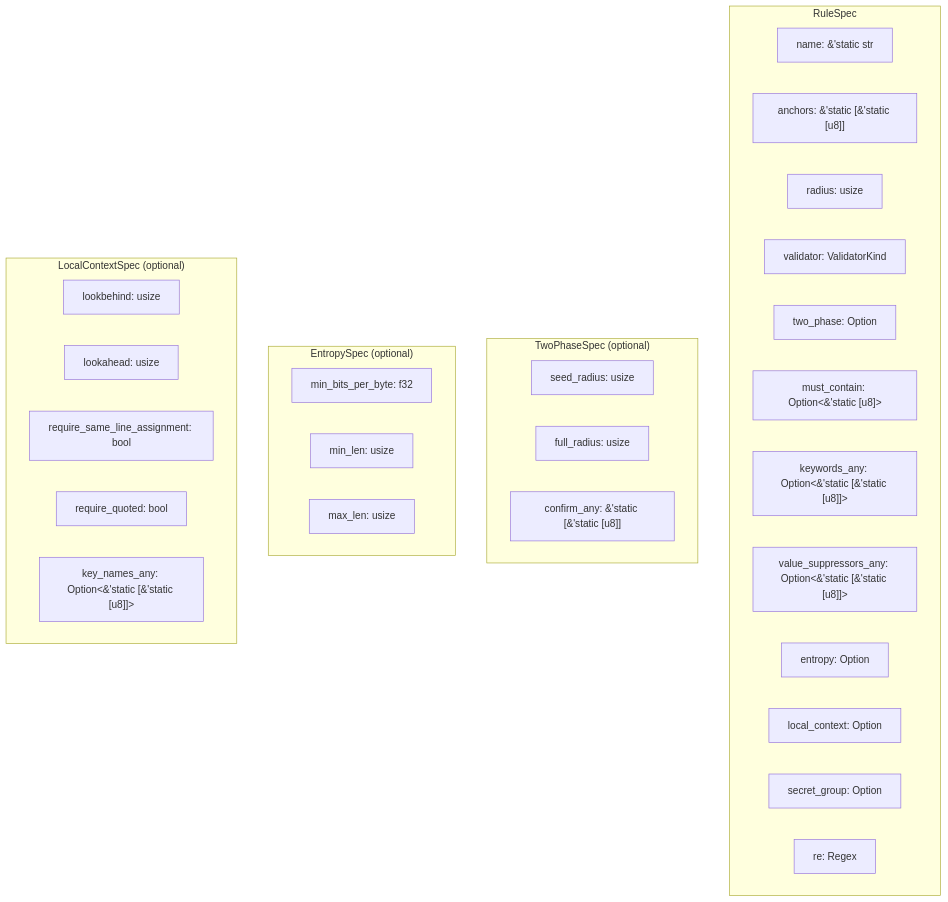
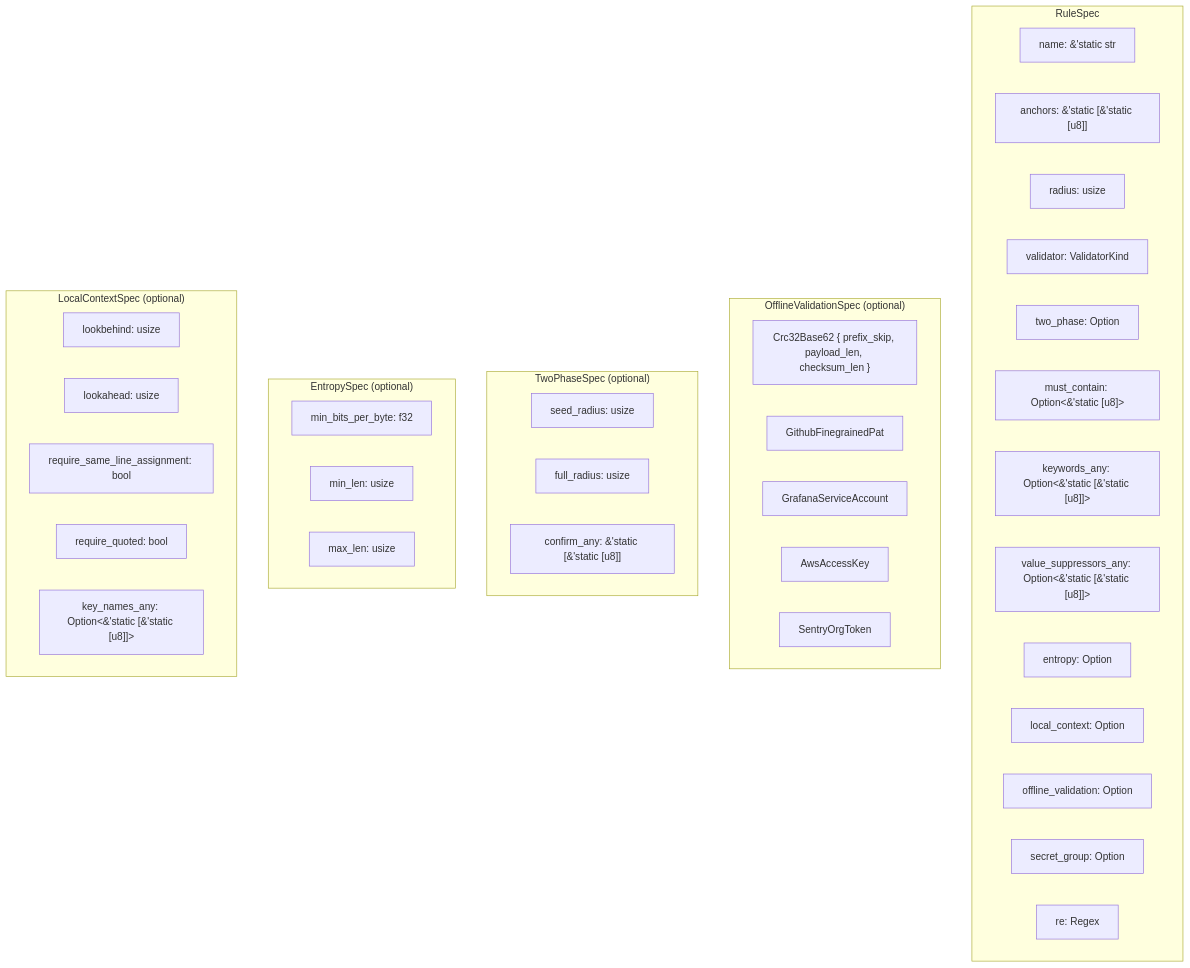
Before and after one commit to ahrav/scratch-scanner-rs: the second of 4 diagrams in docs/detection-rules.md, drawn with Mermaid. The commit also changed other lines of this file and 1 other file, not shown here.

Commit message:
Update CLAUDE.md and detection-rules.md with offline validation spec

````diff
--- a/docs/detection-rules.md
+++ b/docs/detection-rules.md
@@ -127,37 +127,46 @@
 ```mermaid
 graph TB
     subgraph RuleSpec["RuleSpec"]
         Name["name: &'static str"]
         Anchors["anchors: &'static [&'static [u8]]"]
         Radius["radius: usize"]
         Validator["validator: ValidatorKind"]
         TwoPhase["two_phase: Option<TwoPhaseSpec>"]
         MustContain["must_contain: Option<&'static [u8]>"]
         KeywordsAny["keywords_any: Option<&'static [&'static [u8]]>"]
         ValueSuppressorsAny["value_suppressors_any: Option<&'static [&'static [u8]]>"]
         Entropy["entropy: Option<EntropySpec>"]
         LocalContext["local_context: Option<LocalContextSpec>"]
+        OfflineValidation["offline_validation: Option<OfflineValidationSpec>"]
         SecretGroup["secret_group: Option<u16>"]
         Regex["re: Regex"]
+    end
+
+    subgraph OfflineValidationSpec["OfflineValidationSpec (optional)"]
+        OvCrc32["Crc32Base62 { prefix_skip, payload_len, checksum_len }"]
+        OvGhPat["GithubFinegrainedPat"]
+        OvGrafana["GrafanaServiceAccount"]
+        OvAws["AwsAccessKey"]
+        OvSentry["SentryOrgToken"]
     end
 
     subgraph TwoPhaseSpec["TwoPhaseSpec (optional)"]
         SeedRadius["seed_radius: usize"]
         FullRadius["full_radius: usize"]
         ConfirmAny["confirm_any: &'static [&'static [u8]]"]
     end
 
     subgraph EntropySpec["EntropySpec (optional)"]
         MinBpb["min_bits_per_byte: f32"]
         MinLen["min_len: usize"]
         MaxLen["max_len: usize"]
     end
 
     subgraph LocalContextSpec["LocalContextSpec (optional)"]
         Lookbehind["lookbehind: usize"]
         Lookahead["lookahead: usize"]
         SameLine["require_same_line_assignment: bool"]
         Quoted["require_quoted: bool"]
         KeyNames["key_names_any: Option<&'static [&'static [u8]]>"]
     end
 ```
````
